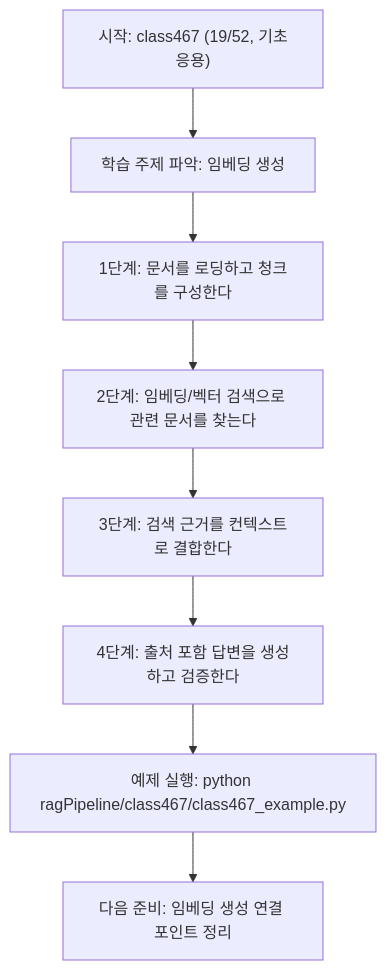
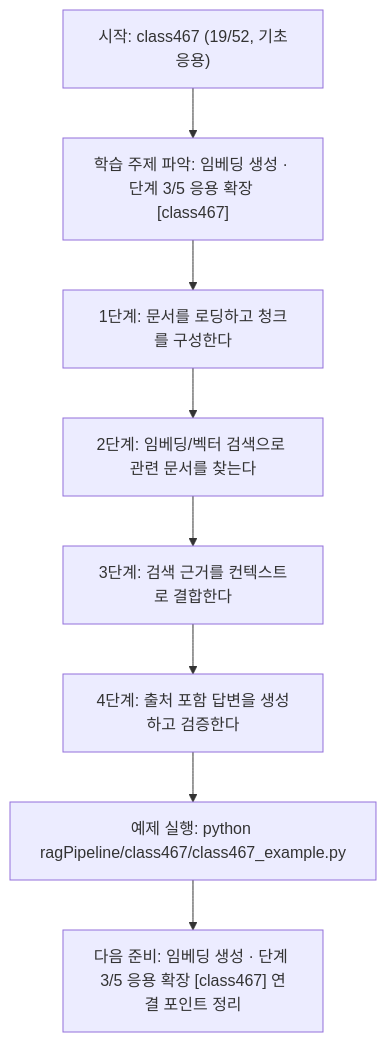
One commit to edumgt/Python-AI_Agent-Class changed the diagram in ragPipeline/class467/class467.md. Above: the diagram before and after it, drawn with Mermaid. The commit also changed other lines of this file and 522 other files, not shown here.

````diff
--- a/ragPipeline/class467/class467.md
+++ b/ragPipeline/class467/class467.md
@@ -109,18 +110,18 @@
 ```mermaid
 flowchart TD
 N1["시작: class467 (19/52, 기초응용)"]
-N2["학습 주제 파악: 임베딩 생성"]
+N2["학습 주제 파악: 임베딩 생성 · 단계 3/5 응용 확장 [class467]"]
 N3["1단계: 문서를 로딩하고 청크를 구성한다"]
 N4["2단계: 임베딩/벡터 검색으로 관련 문서를 찾는다"]
 N5["3단계: 검색 근거를 컨텍스트로 결합한다"]
 N6["4단계: 출처 포함 답변을 생성하고 검증한다"]
 N7["예제 실행: python ragPipeline/class467/class467_example.py"]
-N8["다음 준비: 임베딩 생성 연결 포인트 정리"]
+N8["다음 준비: 임베딩 생성 · 단계 3/5 응용 확장 [class467] 연결 포인트 정리"]
 N1 --> N2
 N2 --> N3
 N3 --> N4
 N4 --> N5
 N5 --> N6
 N6 --> N7
 N7 --> N8
 ```
````
